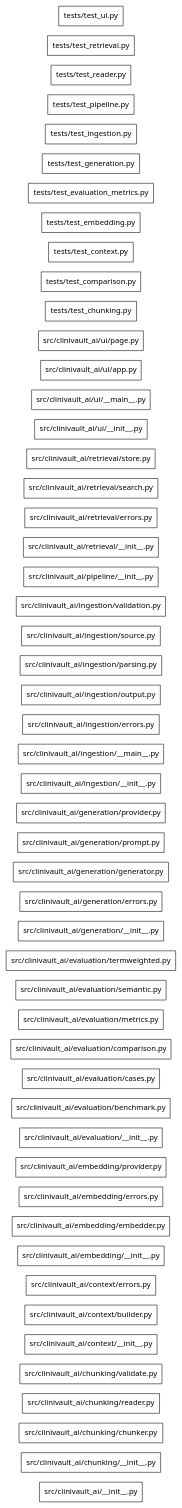
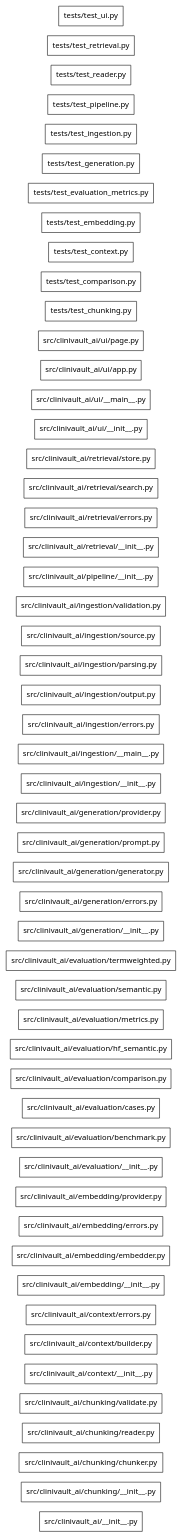
The diagram in .genesis/index/graph.dot (arifanony/Clinivault-AI), drawn with Graphviz before and after one commit. The commit also changed 5 other files, not shown here.

```diff
--- a/.genesis/index/graph.dot
+++ b/.genesis/index/graph.dot
@@ -1,56 +1,57 @@
 digraph genesis {
   rankdir=LR;
   node [shape=box,fontname="system-ui"];
   "file:src/clinivault_ai/__init__.py" [label="src/clinivault_ai/__init__.py",class="file"];
   "file:src/clinivault_ai/chunking/__init__.py" [label="src/clinivault_ai/chunking/__init__.py",class="file"];
   "file:src/clinivault_ai/chunking/chunker.py" [label="src/clinivault_ai/chunking/chunker.py",class="file"];
   "file:src/clinivault_ai/chunking/reader.py" [label="src/clinivault_ai/chunking/reader.py",class="file"];
   "file:src/clinivault_ai/chunking/validate.py" [label="src/clinivault_ai/chunking/validate.py",class="file"];
   "file:src/clinivault_ai/context/__init__.py" [label="src/clinivault_ai/context/__init__.py",class="file"];
   "file:src/clinivault_ai/context/builder.py" [label="src/clinivault_ai/context/builder.py",class="file"];
   "file:src/clinivault_ai/context/errors.py" [label="src/clinivault_ai/context/errors.py",class="file"];
   "file:src/clinivault_ai/embedding/__init__.py" [label="src/clinivault_ai/embedding/__init__.py",class="file"];
   "file:src/clinivault_ai/embedding/embedder.py" [label="src/clinivault_ai/embedding/embedder.py",class="file"];
   "file:src/clinivault_ai/embedding/errors.py" [label="src/clinivault_ai/embedding/errors.py",class="file"];
   "file:src/clinivault_ai/embedding/provider.py" [label="src/clinivault_ai/embedding/provider.py",class="file"];
   "file:src/clinivault_ai/evaluation/__init__.py" [label="src/clinivault_ai/evaluation/__init__.py",class="file"];
   "file:src/clinivault_ai/evaluation/benchmark.py" [label="src/clinivault_ai/evaluation/benchmark.py",class="file"];
   "file:src/clinivault_ai/evaluation/cases.py" [label="src/clinivault_ai/evaluation/cases.py",class="file"];
   "file:src/clinivault_ai/evaluation/comparison.py" [label="src/clinivault_ai/evaluation/comparison.py",class="file"];
+  "file:src/clinivault_ai/evaluation/hf_semantic.py" [label="src/clinivault_ai/evaluation/hf_semantic.py",class="file"];
   "file:src/clinivault_ai/evaluation/metrics.py" [label="src/clinivault_ai/evaluation/metrics.py",class="file"];
   "file:src/clinivault_ai/evaluation/semantic.py" [label="src/clinivault_ai/evaluation/semantic.py",class="file"];
   "file:src/clinivault_ai/evaluation/termweighted.py" [label="src/clinivault_ai/evaluation/termweighted.py",class="file"];
   "file:src/clinivault_ai/generation/__init__.py" [label="src/clinivault_ai/generation/__init__.py",class="file"];
   "file:src/clinivault_ai/generation/errors.py" [label="src/clinivault_ai/generation/errors.py",class="file"];
   "file:src/clinivault_ai/generation/generator.py" [label="src/clinivault_ai/generation/generator.py",class="file"];
   "file:src/clinivault_ai/generation/prompt.py" [label="src/clinivault_ai/generation/prompt.py",class="file"];
   "file:src/clinivault_ai/generation/provider.py" [label="src/clinivault_ai/generation/provider.py",class="file"];
   "file:src/clinivault_ai/ingestion/__init__.py" [label="src/clinivault_ai/ingestion/__init__.py",class="file"];
   "file:src/clinivault_ai/ingestion/__main__.py" [label="src/clinivault_ai/ingestion/__main__.py",class="file"];
   "file:src/clinivault_ai/ingestion/errors.py" [label="src/clinivault_ai/ingestion/errors.py",class="file"];
   "file:src/clinivault_ai/ingestion/output.py" [label="src/clinivault_ai/ingestion/output.py",class="file"];
   "file:src/clinivault_ai/ingestion/parsing.py" [label="src/clinivault_ai/ingestion/parsing.py",class="file"];
   "file:src/clinivault_ai/ingestion/source.py" [label="src/clinivault_ai/ingestion/source.py",class="file"];
   "file:src/clinivault_ai/ingestion/validation.py" [label="src/clinivault_ai/ingestion/validation.py",class="file"];
   "file:src/clinivault_ai/pipeline/__init__.py" [label="src/clinivault_ai/pipeline/__init__.py",class="file"];
   "file:src/clinivault_ai/retrieval/__init__.py" [label="src/clinivault_ai/retrieval/__init__.py",class="file"];
   "file:src/clinivault_ai/retrieval/errors.py" [label="src/clinivault_ai/retrieval/errors.py",class="file"];
   "file:src/clinivault_ai/retrieval/search.py" [label="src/clinivault_ai/retrieval/search.py",class="file"];
   "file:src/clinivault_ai/retrieval/store.py" [label="src/clinivault_ai/retrieval/store.py",class="file"];
   "file:src/clinivault_ai/ui/__init__.py" [label="src/clinivault_ai/ui/__init__.py",class="file"];
   "file:src/clinivault_ai/ui/__main__.py" [label="src/clinivault_ai/ui/__main__.py",class="file"];
   "file:src/clinivault_ai/ui/app.py" [label="src/clinivault_ai/ui/app.py",class="file"];
   "file:src/clinivault_ai/ui/page.py" [label="src/clinivault_ai/ui/page.py",class="file"];
   "file:tests/test_chunking.py" [label="tests/test_chunking.py",class="file"];
   "file:tests/test_comparison.py" [label="tests/test_comparison.py",class="file"];
   "file:tests/test_context.py" [label="tests/test_context.py",class="file"];
   "file:tests/test_embedding.py" [label="tests/test_embedding.py",class="file"];
   "file:tests/test_evaluation_metrics.py" [label="tests/test_evaluation_metrics.py",class="file"];
   "file:tests/test_generation.py" [label="tests/test_generation.py",class="file"];
   "file:tests/test_ingestion.py" [label="tests/test_ingestion.py",class="file"];
   "file:tests/test_pipeline.py" [label="tests/test_pipeline.py",class="file"];
   "file:tests/test_reader.py" [label="tests/test_reader.py",class="file"];
   "file:tests/test_retrieval.py" [label="tests/test_retrieval.py",class="file"];
   "file:tests/test_ui.py" [label="tests/test_ui.py",class="file"];
 
 }
```
